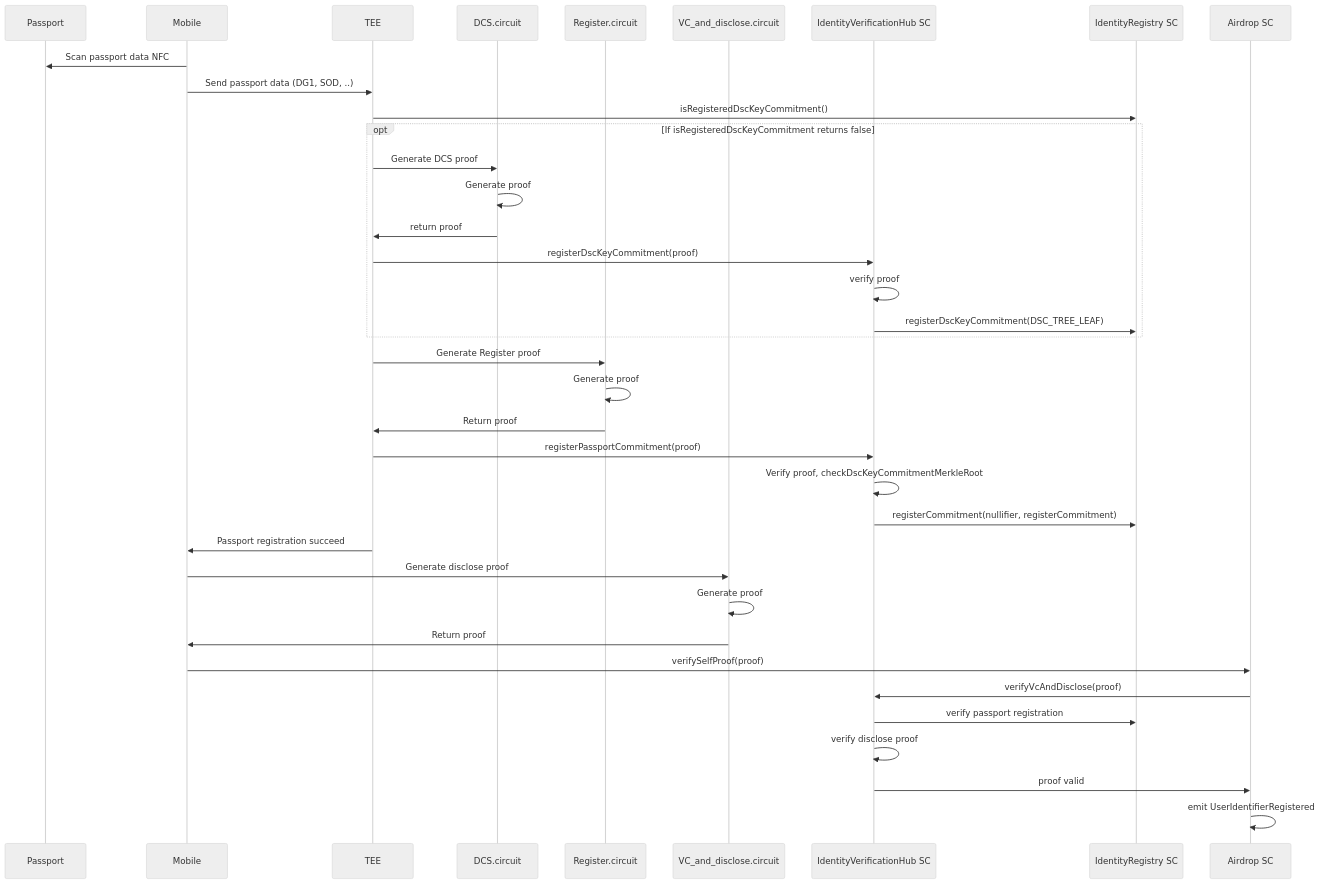
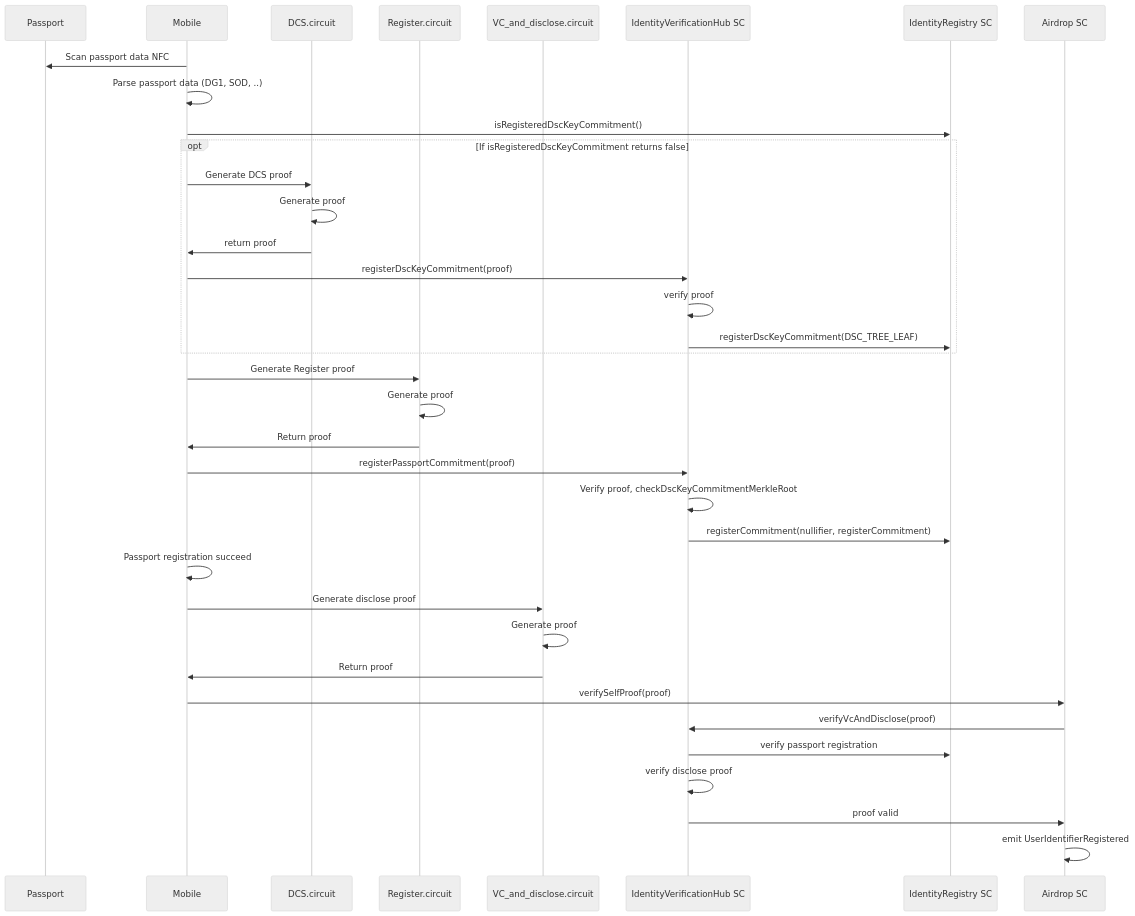
The diagram in self.md (0xPolygonID/passport-circuits), drawn with Mermaid (neutral theme) before and after one commit.

Commit message:
rm TEE from flow in self

````diff
--- a/self.md
+++ b/self.md
@@ -1,41 +1,40 @@
 ```mermaid
 sequenceDiagram
     participant P as Passport
     participant M as Mobile
-    participant TEE as TEE
     participant DCS as DCS.circuit
     participant R as Register.circuit
     participant VC as VC_and_disclose.circuit
     participant HUB as IdentityVerificationHub SC
     participant IR as IdentityRegistry SC
     participant A as Airdrop SC
     M ->> P: Scan passport data NFC
-    M ->> TEE: Send passport data (DG1, SOD, ..)
-    TEE ->> IR: isRegisteredDscKeyCommitment()
+    M ->> M: Parse passport data (DG1, SOD, ..)
+    M ->> IR: isRegisteredDscKeyCommitment()
     opt If isRegisteredDscKeyCommitment returns false
-        TEE ->> DCS: Generate DCS proof
+        M ->> DCS: Generate DCS proof
         DCS ->> DCS: Generate proof
-        DCS ->> TEE: return proof
-        TEE ->> HUB:registerDscKeyCommitment(proof)
+        DCS ->> M: return proof
+        M ->> HUB:registerDscKeyCommitment(proof)
         HUB ->> HUB: verify proof
         HUB ->> IR: registerDscKeyCommitment(DSC_TREE_LEAF)
     end
-    TEE ->> R: Generate Register proof
+    M ->> R: Generate Register proof
     R ->> R: Generate proof
-    R ->> TEE: Return proof
-    TEE ->> HUB: registerPassportCommitment(proof)
+    R ->> M: Return proof
+    M ->> HUB: registerPassportCommitment(proof)
     HUB ->> HUB: Verify proof, checkDscKeyCommitmentMerkleRoot
     HUB ->> IR: registerCommitment(nullifier, registerCommitment)
-    TEE ->> M: Passport registration succeed
+    M ->> M: Passport registration succeed
     M ->> VC: Generate disclose proof
     VC ->> VC: Generate proof
     VC ->> M: Return proof
     M ->> A: verifySelfProof(proof)
     A ->> HUB: verifyVcAndDisclose(proof)
     HUB ->> IR: verify passport registration
     HUB ->> HUB: verify disclose proof
     HUB ->> A: proof valid
     A ->> A: emit UserIdentifierRegistered
    
 
 ```
````
